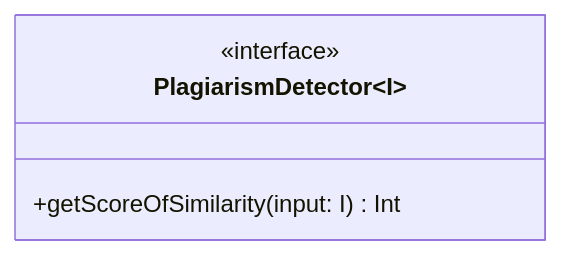
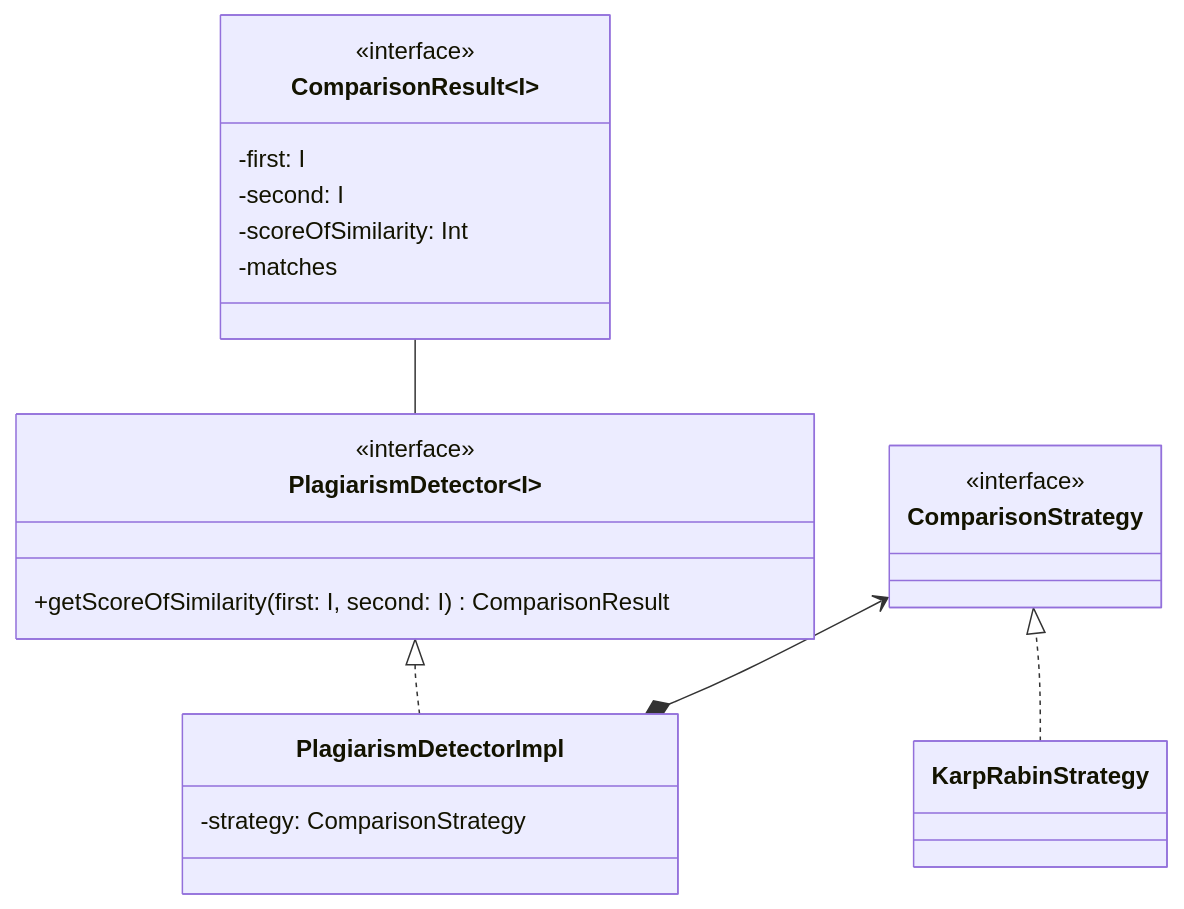
The tenth of 11 diagrams in doc.md (tassiLuca/code-plagiarism-detector-doc), drawn with Mermaid before and after one commit. The commit also changed other lines of this file, not shown here.

````diff
--- a/doc.md
+++ b/doc.md
@@ -356,7 +365,30 @@
 ```mermaid 
 classDiagram
+    direction BT
     class PlagiarismDetector~I~ {
         <<interface>>
-        +getScoreOfSimilarity(input: I) Int
+        +getScoreOfSimilarity(first: I, second: I) ComparisonResult
     }
+
+    class ComparisonResult~I~ {
+        <<interface>>
+        -first: I
+        -second: I
+        -scoreOfSimilarity: Int
+        -matches
+    }
+    PlagiarismDetector -- ComparisonResult
+
+    class PlagiarismDetectorImpl {
+        -strategy: ComparisonStrategy
+    }
+    PlagiarismDetectorImpl ..|> PlagiarismDetector
+
+    class ComparisonStrategy {
+        <<interface>>
+    }
+    PlagiarismDetectorImpl *--> ComparisonStrategy
+
+    class KarpRabinStrategy 
+    KarpRabinStrategy ..|> ComparisonStrategy
 ```
````
